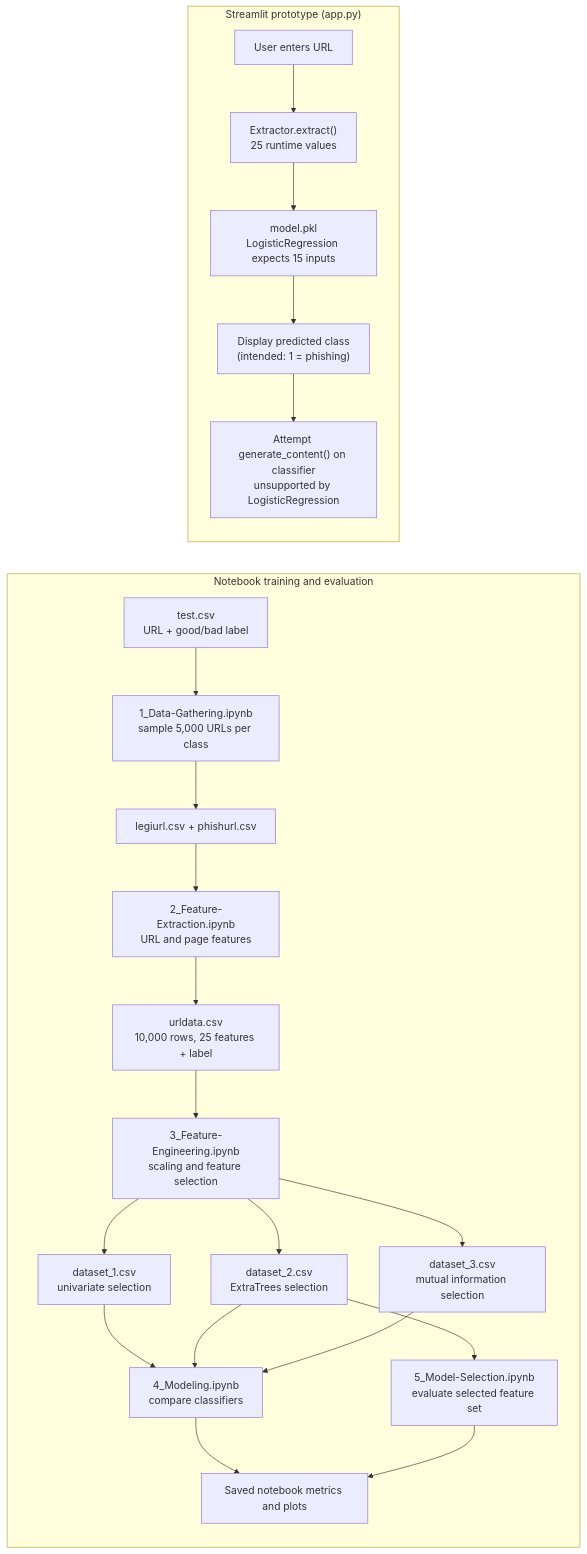
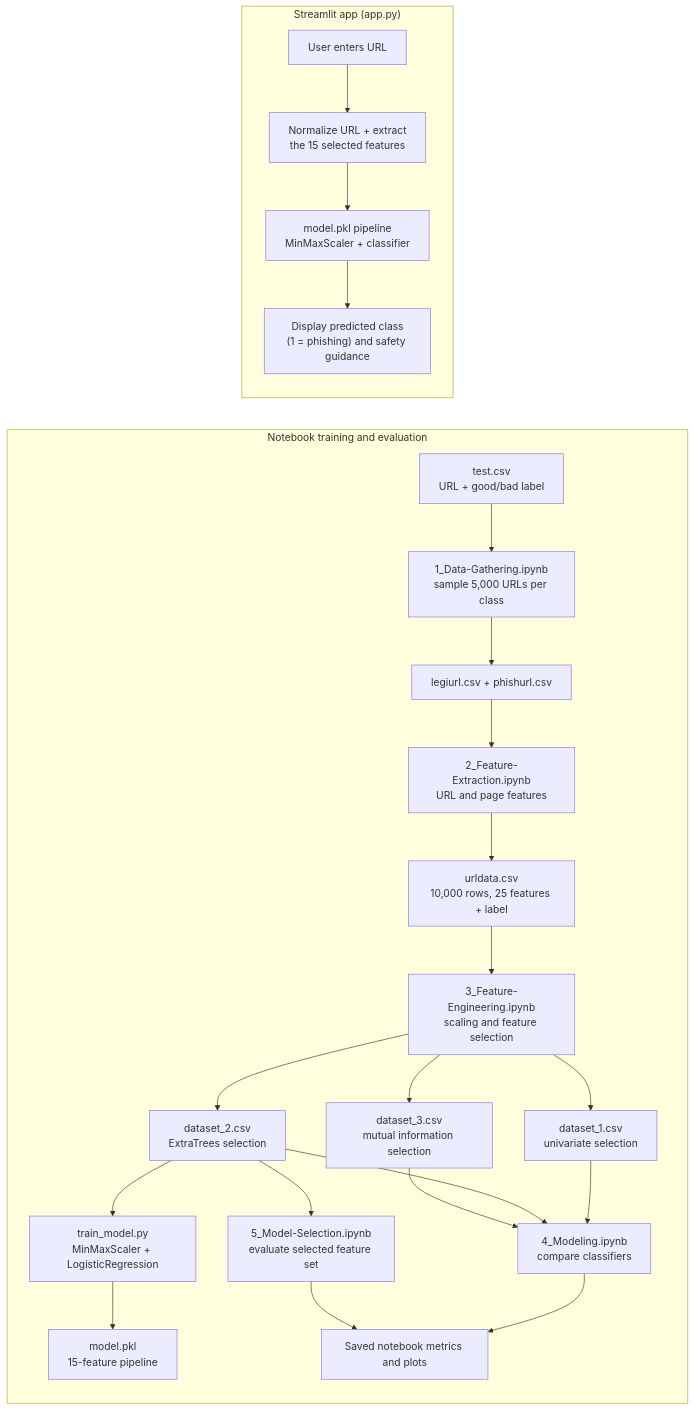
Before and after one commit to punit2911/AI-Powered-Detection-of-Malicious-Phishing-Links: the diagram in README.md, drawn with Mermaid. The commit also changed other lines of this file and 7 other files, not shown here.

Commit message:
fix: align phishing app inference pipeline

````diff
--- a/README.md
+++ b/README.md
@@ -18,26 +17,27 @@
 ```mermaid
 flowchart LR
     subgraph Training["Notebook training and evaluation"]
         A["test.csv<br/>URL + good/bad label"] --> B["1_Data-Gathering.ipynb<br/>sample 5,000 URLs per class"]
         B --> C["legiurl.csv + phishurl.csv"]
         C --> D["2_Feature-Extraction.ipynb<br/>URL and page features"]
         D --> E["urldata.csv<br/>10,000 rows, 25 features + label"]
         E --> F["3_Feature-Engineering.ipynb<br/>scaling and feature selection"]
         F --> G["dataset_1.csv<br/>univariate selection"]
         F --> H["dataset_2.csv<br/>ExtraTrees selection"]
         F --> I["dataset_3.csv<br/>mutual information selection"]
         G --> J["4_Modeling.ipynb<br/>compare classifiers"]
         H --> J
         I --> J
         H --> K["5_Model-Selection.ipynb<br/>evaluate selected feature set"]
+        H --> T["train_model.py<br/>MinMaxScaler + LogisticRegression"]
+        T --> M["model.pkl<br/>15-feature pipeline"]
         J --> L["Saved notebook metrics and plots"]
         K --> L
     end
 
-    subgraph Inference["Streamlit prototype (app.py)"]
-        U["User enters URL"] --> X["Extractor.extract()<br/>25 runtime values"]
-        X --> M["model.pkl<br/>LogisticRegression expects 15 inputs"]
-        M --> R["Display predicted class<br/>(intended: 1 = phishing)"]
-        R --> GAI["Attempt generate_content() on classifier<br/>unsupported by LogisticRegression"]
+    subgraph Inference["Streamlit app (app.py)"]
+        U["User enters URL"] --> X["Normalize URL + extract<br/>the 15 selected features"]
+        X --> P["model.pkl pipeline<br/>MinMaxScaler + classifier"]
+        P --> R["Display predicted class<br/>(1 = phishing) and safety guidance"]
     end
 ```
````
